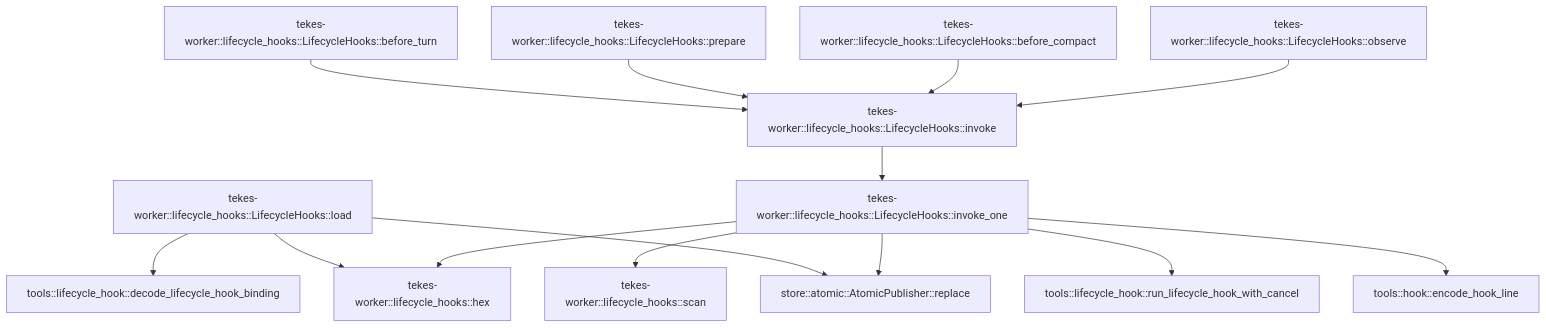
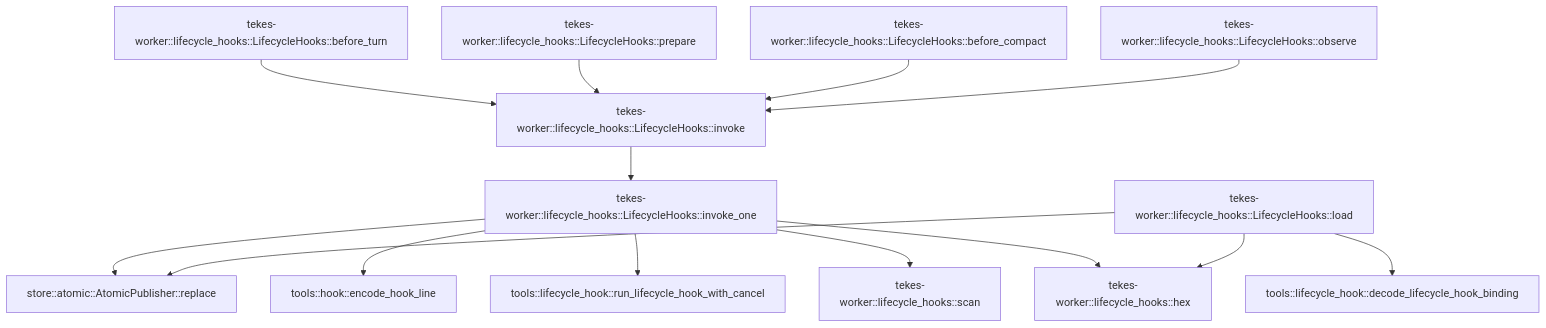
One commit to TekesApps/TekesKernel changed the diagram in crates/worker/docs/generated/src--lifecycle_hooks.md. Above: the diagram before and after it, drawn with Mermaid. The commit also changed other lines of this file and 147 other files, not shown here.

````diff
--- a/crates/worker/docs/generated/src--lifecycle_hooks.md
+++ b/crates/worker/docs/generated/src--lifecycle_hooks.md
@@ -46,29 +46,29 @@
 ```mermaid
 flowchart TD
   n0["store::atomic::AtomicPublisher::replace"]
   n1["tools::hook::encode_hook_line"]
   n2["tools::lifecycle_hook::run_lifecycle_hook_with_cancel"]
   n3["tools::lifecycle_hook::decode_lifecycle_hook_binding"]
-  n4["tekes-worker::lifecycle_hooks::LifecycleHooks::before_turn"]
-  n5["tekes-worker::lifecycle_hooks::LifecycleHooks::prepare"]
-  n6["tekes-worker::lifecycle_hooks::LifecycleHooks::before_compact"]
-  n7["tekes-worker::lifecycle_hooks::LifecycleHooks::observe"]
-  n8["tekes-worker::lifecycle_hooks::LifecycleHooks::load"]
-  n9["tekes-worker::lifecycle_hooks::scan"]
-  n10["tekes-worker::lifecycle_hooks::hex"]
-  n11["tekes-worker::lifecycle_hooks::LifecycleHooks::invoke"]
-  n12["tekes-worker::lifecycle_hooks::LifecycleHooks::invoke_one"]
+  n4["tekes-worker::lifecycle_hooks::LifecycleHooks::invoke_one"]
+  n5["tekes-worker::lifecycle_hooks::LifecycleHooks::before_turn"]
+  n6["tekes-worker::lifecycle_hooks::LifecycleHooks::prepare"]
+  n7["tekes-worker::lifecycle_hooks::LifecycleHooks::before_compact"]
+  n8["tekes-worker::lifecycle_hooks::LifecycleHooks::observe"]
+  n9["tekes-worker::lifecycle_hooks::LifecycleHooks::load"]
+  n10["tekes-worker::lifecycle_hooks::scan"]
+  n11["tekes-worker::lifecycle_hooks::hex"]
+  n12["tekes-worker::lifecycle_hooks::LifecycleHooks::invoke"]
+  n4 --> n0
+  n4 --> n1
+  n4 --> n2
+  n4 --> n10
   n4 --> n11
-  n5 --> n11
-  n6 --> n11
-  n7 --> n11
-  n8 --> n0
-  n8 --> n3
-  n8 --> n10
-  n11 --> n12
-  n12 --> n0
-  n12 --> n1
-  n12 --> n2
-  n12 --> n9
-  n12 --> n10
+  n5 --> n12
+  n6 --> n12
+  n7 --> n12
+  n8 --> n12
+  n9 --> n0
+  n9 --> n3
+  n9 --> n11
+  n12 --> n4
 ```
````
